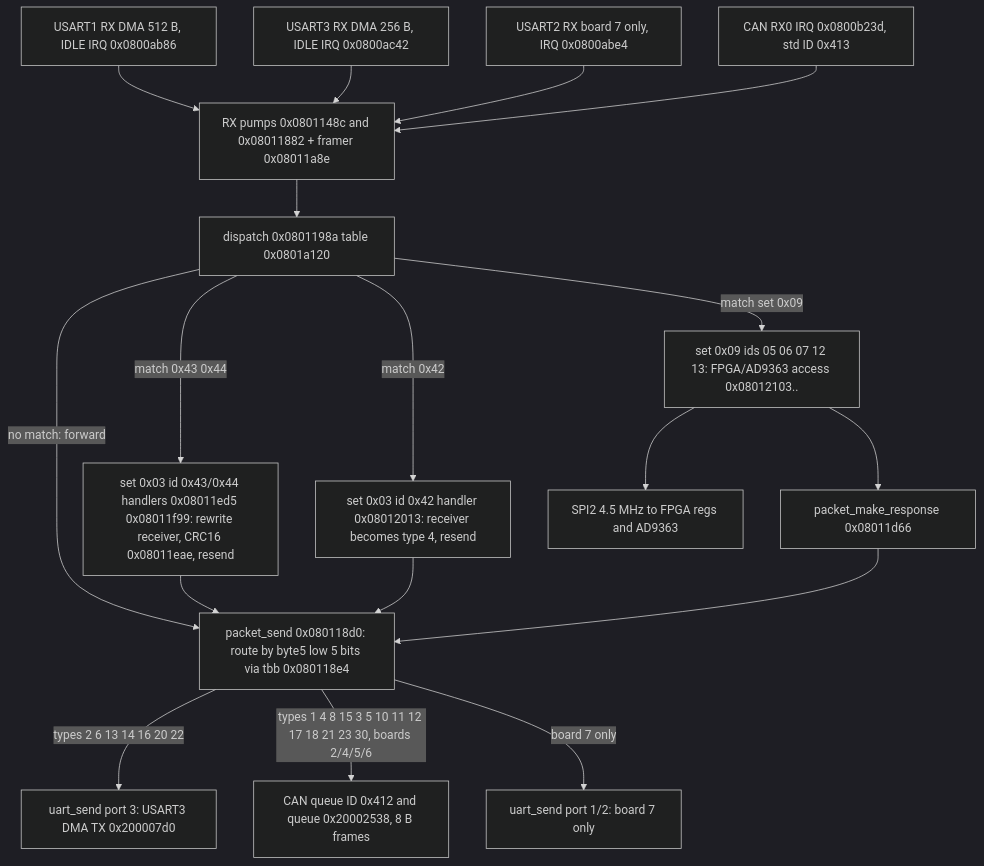
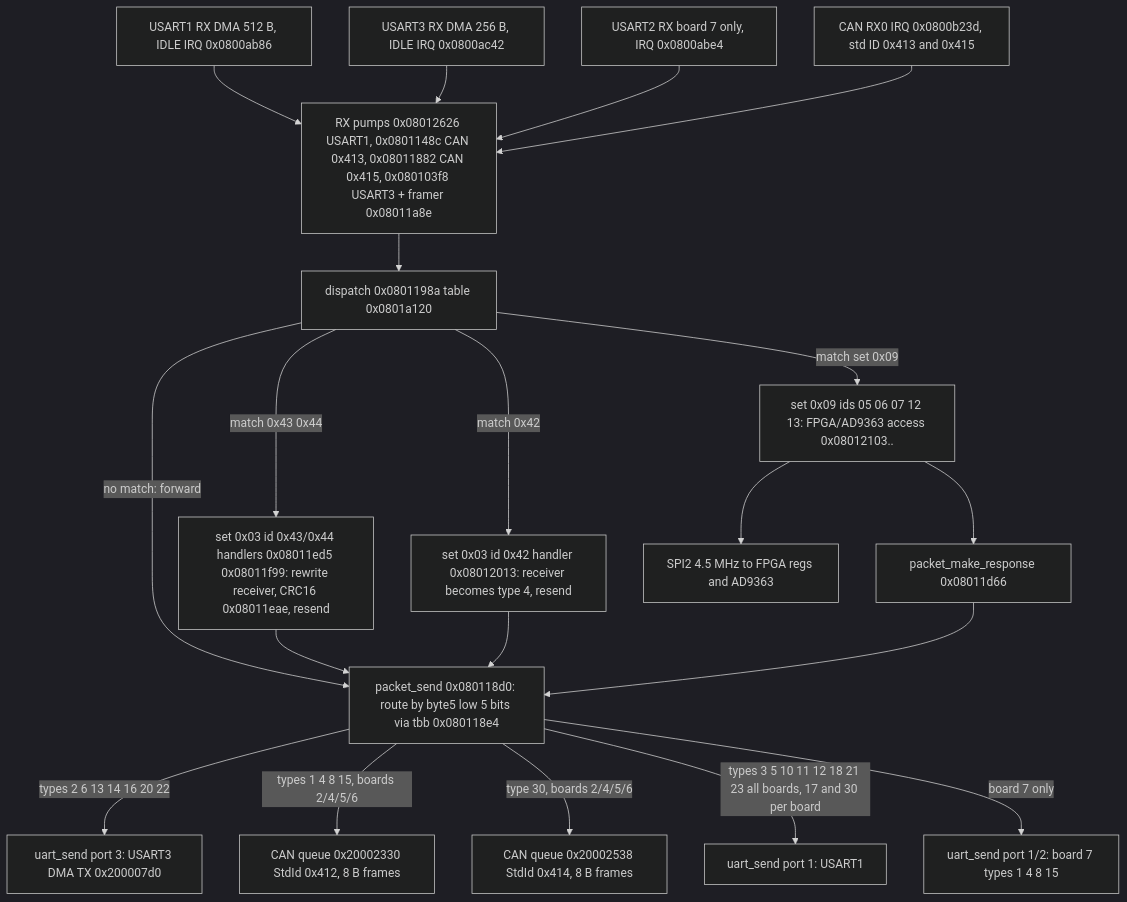
One commit to awto-au/awto-dji changed the second of 4 diagrams in docs/dataflow.md. Above: the diagram before and after it, drawn with Mermaid (dark theme). The commit also changed other lines of this file and 8 other files, not shown here.

First line of the commit message:
m0900: trace CAN queue init - 0x20002538 is StdId 0x414; FC traffic is USART1, not CAN

````diff
--- a/docs/dataflow.md
+++ b/docs/dataflow.md
@@ -98,36 +98,40 @@
 ```mermaid
 flowchart TD
   U1["USART1 RX DMA 512 B, IDLE IRQ 0x0800ab86"]
   U3["USART3 RX DMA 256 B, IDLE IRQ 0x0800ac42"]
   U2["USART2 RX board 7 only, IRQ 0x0800abe4"]
-  CANRX["CAN RX0 IRQ 0x0800b23d, std ID 0x413"]
-  PUMP["RX pumps 0x0801148c and 0x08011882 + framer 0x08011a8e"]
+  CANRX["CAN RX0 IRQ 0x0800b23d, std ID 0x413 and 0x415"]
+  PUMP["RX pumps 0x08012626 USART1, 0x0801148c CAN 0x413, 0x08011882 CAN 0x415, 0x080103f8 USART3 + framer 0x08011a8e"]
   DISP["dispatch 0x0801198a table 0x0801a120"]
   H43["set 0x03 id 0x43/0x44 handlers 0x08011ed5 0x08011f99: rewrite receiver, CRC16 0x08011eae, resend"]
   H42["set 0x03 id 0x42 handler 0x08012013: receiver becomes type 4, resend"]
   H09["set 0x09 ids 05 06 07 12 13: FPGA/AD9363 access 0x08012103.."]
   RESP["packet_make_response 0x08011d66"]
   PS["packet_send 0x080118d0: route by byte5 low 5 bits via tbb 0x080118e4"]
   O3["uart_send port 3: USART3 DMA TX 0x200007d0"]
-  OCAN["CAN queue ID 0x412 and queue 0x20002538, 8 B frames"]
-  O12["uart_send port 1/2: board 7 only"]
+  OCAN["CAN queue 0x20002330 StdId 0x412, 8 B frames"]
+  OCAN2["CAN queue 0x20002538 StdId 0x414, 8 B frames"]
+  O1["uart_send port 1: USART1"]
+  O12["uart_send port 1/2: board 7 types 1 4 8 15"]
   SPI["SPI2 4.5 MHz to FPGA regs and AD9363"]
 
   U1 --> PUMP
   U3 --> PUMP
   U2 --> PUMP
   CANRX --> PUMP
   PUMP --> DISP
   DISP -->|"match 0x43 0x44"| H43
   DISP -->|"match 0x42"| H42
   DISP -->|"match set 0x09"| H09
   DISP -->|"no match: forward"| PS
   H43 --> PS
   H42 --> PS
   H09 --> SPI
   H09 --> RESP
   RESP --> PS
   PS -->|"types 2 6 13 14 16 20 22"| O3
-  PS -->|"types 1 4 8 15 3 5 10 11 12 17 18 21 23 30, boards 2/4/5/6"| OCAN
+  PS -->|"types 1 4 8 15, boards 2/4/5/6"| OCAN
+  PS -->|"type 30, boards 2/4/5/6"| OCAN2
+  PS -->|"types 3 5 10 11 12 18 21 23 all boards, 17 and 30 per board"| O1
   PS -->|"board 7 only"| O12
 ```
````
